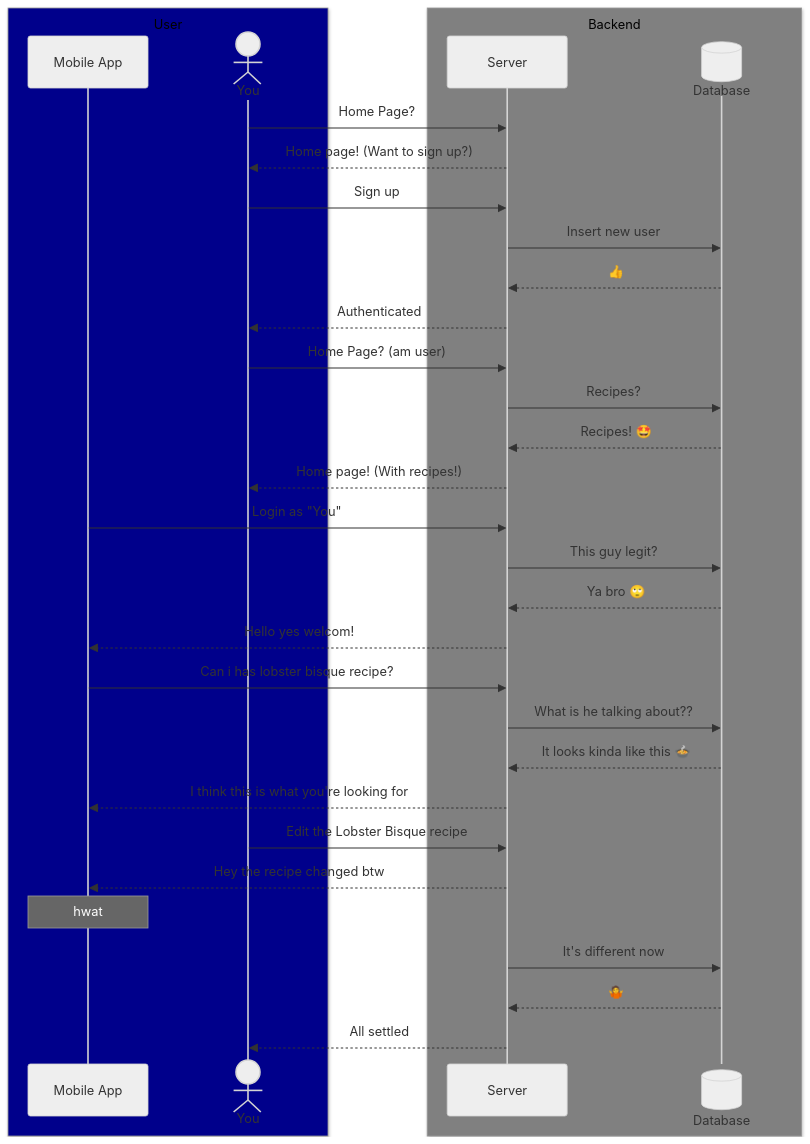
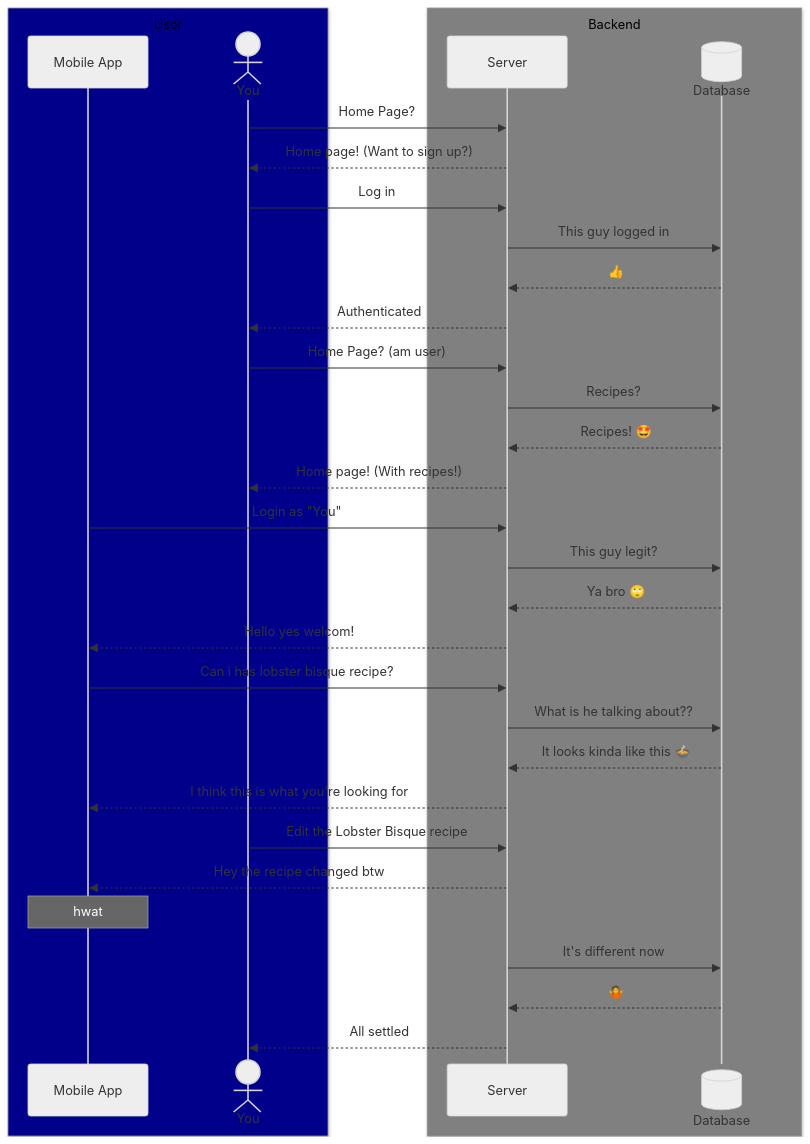
One commit to showercurtain/cs260-startup changed the diagram in README.md. Above: the diagram before and after it, drawn with Mermaid (neutral theme). The commit also changed other lines of this file, not shown here.

````diff
--- a/README.md
+++ b/README.md
@@ -31,35 +31,35 @@
 ```mermaid
 sequenceDiagram
     box darkblue User
     participant M as Mobile App
     actor Y as You
     end
     box Gray Backend
     participant S as Server
     participant Database@{"type":"database"}
     end
     Y ->> S: Home Page?
     S -->> Y: Home page! (Want to sign up?)
-    Y ->> S: Sign up
-    S ->> Database: Insert new user
+    Y ->> S: Log in
+    S ->> Database: This guy logged in
     Database -->> S: 👍
     S -->> Y: Authenticated
     Y ->> S: Home Page? (am user)
     S ->> Database: Recipes?
     Database -->> S: Recipes! 🤩
     S -->> Y: Home page! (With recipes!)
     M ->> S: Login as "You"
     S ->> Database: This guy legit?
     Database -->> S: Ya bro 🙄
     S -->> M: Hello yes welcom!
     M ->> S: Can i has lobster bisque recipe?
     S ->> Database: What is he talking about??
     Database -->> S: It looks kinda like this 🍲
     S -->> M: I think this is what you're looking for
     Y ->> S: Edit the Lobster Bisque recipe
     S -->> M: Hey the recipe changed btw
     Note over M: hwat
     S ->> Database: It's different now
     Database -->>S: 🤷
     S -->> Y: All settled
 ```
````
